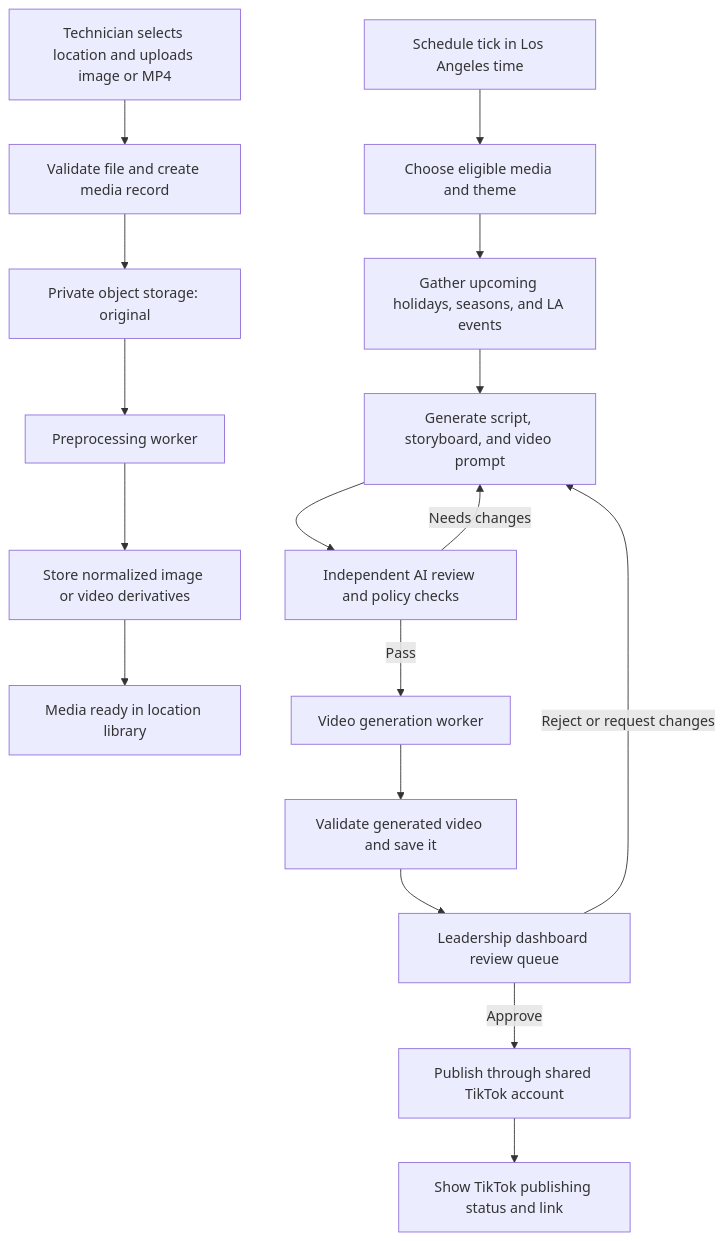
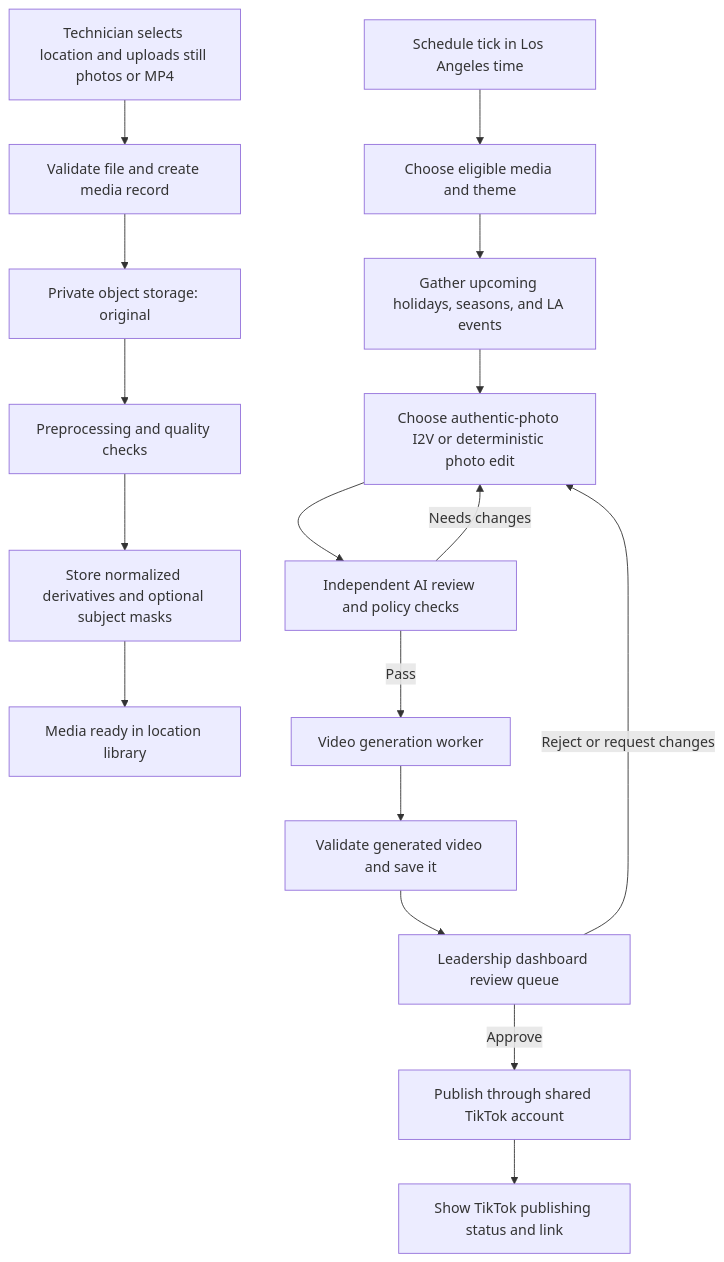
The diagram in ARCHITECTURE.md (EPC310TECH/bellacure_content_engine), drawn with Mermaid before and after one commit. The commit also changed other lines of this file, not shown here.

Commit message:
Prioritize authentic nail photos in video workflow

````diff
--- a/ARCHITECTURE.md
+++ b/ARCHITECTURE.md
@@ -25,19 +38,19 @@
 ```mermaid
 flowchart TD
-    A[Technician selects location and uploads image or MP4] --> B[Validate file and create media record]
+    A[Technician selects location and uploads still photos or MP4] --> B[Validate file and create media record]
     B --> C[Private object storage: original]
-    C --> D[Preprocessing worker]
-    D --> E[Store normalized image or video derivatives]
+    C --> D[Preprocessing and quality checks]
+    D --> E[Store normalized derivatives and optional subject masks]
     E --> F[Media ready in location library]
     G[Schedule tick in Los Angeles time] --> H[Choose eligible media and theme]
     H --> I[Gather upcoming holidays, seasons, and LA events]
-    I --> J[Generate script, storyboard, and video prompt]
+    I --> J[Choose authentic-photo I2V or deterministic photo edit]
     J --> K[Independent AI review and policy checks]
     K -->|Pass| L[Video generation worker]
     K -->|Needs changes| J
     L --> M[Validate generated video and save it]
     M --> N[Leadership dashboard review queue]
     N -->|Reject or request changes| J
     N -->|Approve| O[Publish through shared TikTok account]
     O --> P[Show TikTok publishing status and link]
 ```
````
